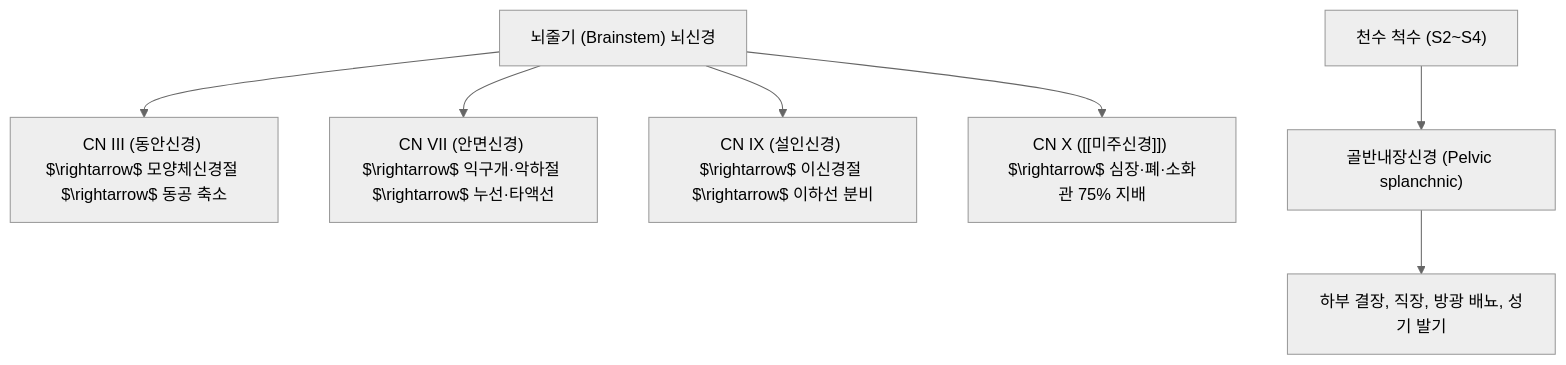
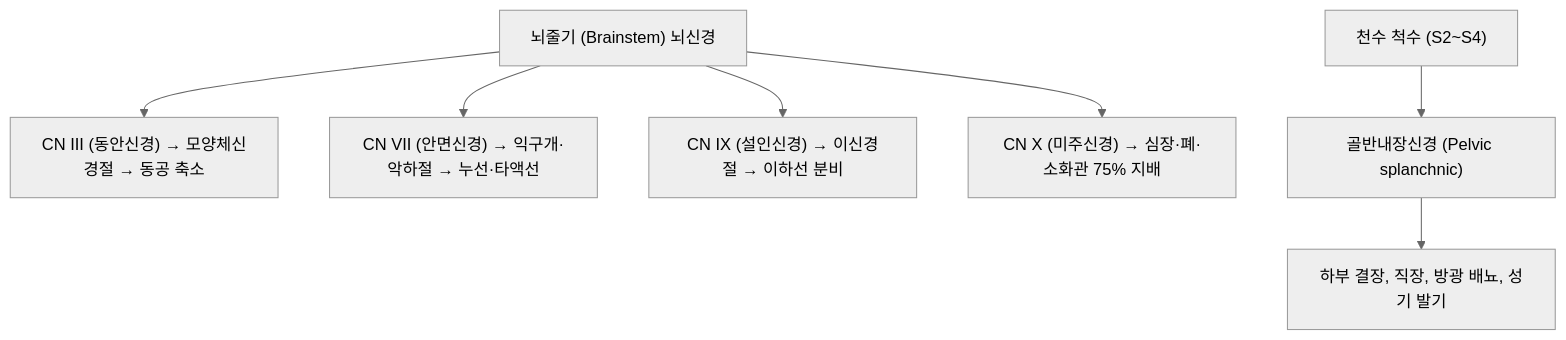
One commit to simbio11/simbio-digital-garden2 changed the first of 2 diagrams in content/3. 이론 공부/의학개념/신경생리·수용기/부교감신경.md. Above: the diagram before and after it, drawn with Mermaid (neutral theme). The commit also changed other lines of this file and 424 other files, not shown here.

````diff
--- a/content/3. 이론 공부/의학개념/신경생리·수용기/부교감신경.md
+++ b/content/3. 이론 공부/의학개념/신경생리·수용기/부교감신경.md
@@ -21,10 +29,10 @@
 ```mermaid
 graph TD
-    Brainstem["뇌줄기 (Brainstem) 뇌신경"] --> CN3["CN III (동안신경) $\rightarrow$ 모양체신경절 $\rightarrow$ 동공 축소"]
-    Brainstem --> CN7["CN VII (안면신경) $\rightarrow$ 익구개·악하절 $\rightarrow$ 누선·타액선"]
-    Brainstem --> CN9["CN IX (설인신경) $\rightarrow$ 이신경절 $\rightarrow$ 이하선 분비"]
-    Brainstem --> CN10["CN X ([[미주신경]]) $\rightarrow$ 심장·폐·소화관 75% 지배"]
+    Brainstem["뇌줄기 (Brainstem) 뇌신경"] --> CN3["CN III (동안신경) → 모양체신경절 → 동공 축소"]
+    Brainstem --> CN7["CN VII (안면신경) → 익구개·악하절 → 누선·타액선"]
+    Brainstem --> CN9["CN IX (설인신경) → 이신경절 → 이하선 분비"]
+    Brainstem --> CN10["CN X (미주신경) → 심장·폐·소화관 75% 지배"]
 
     Sacral["천수 척수 (S2~S4)"] --> Pelvic["골반내장신경 (Pelvic splanchnic)"]
     Pelvic --> PelvicOrgans["하부 결장, 직장, 방광 배뇨, 성기 발기"]
 ```
````
